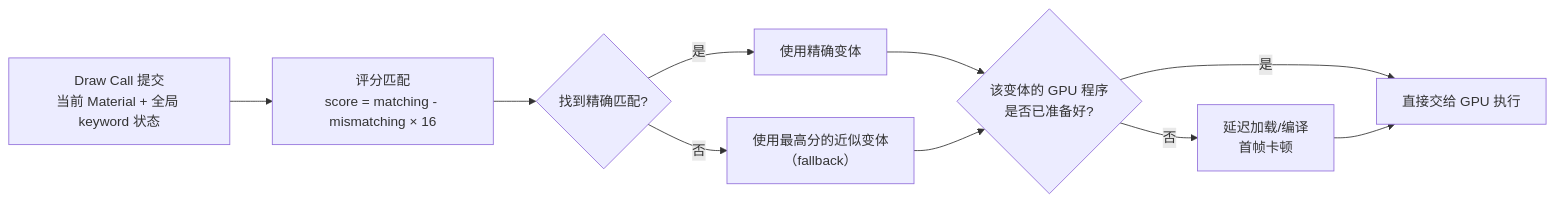
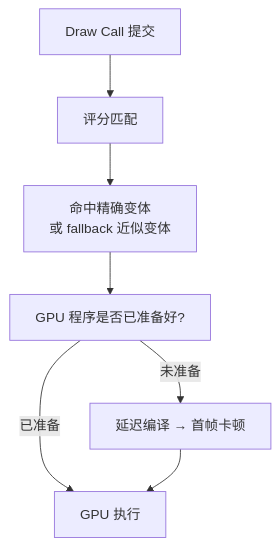
One commit to TwoEggDu/twoegg-tech-stack changed the fourth of 4 diagrams in content/engine-notes/unity-shader-variant-full-lifecycle-overview.md. Above: the diagram before and after it, drawn with Mermaid. The commit also changed other lines of this file, not shown here.

First line of the commit message:
Fix Mermaid diagrams clipped by container width

````diff
--- a/content/engine-notes/unity-shader-variant-full-lifecycle-overview.md
+++ b/content/engine-notes/unity-shader-variant-full-lifecycle-overview.md
@@ -183,11 +181,9 @@
 ```mermaid
-flowchart LR
-    A["Draw Call 提交\n当前 Material + 全局 keyword 状态"] --> B["评分匹配\nscore = matching - mismatching × 16"]
-    B --> C{找到精确匹配?}
-    C -->|是| D["使用精确变体"]
-    C -->|否| E["使用最高分的近似变体\n（fallback）"]
-    D & E --> F{该变体的 GPU 程序\n是否已准备好?}
-    F -->|是| G["直接交给 GPU 执行"]
-    F -->|否| H["延迟加载/编译\n首帧卡顿"]
-    H --> G
+flowchart TD
+    A["Draw Call 提交"] --> B["评分匹配"]
+    B --> C["命中精确变体\n或 fallback 近似变体"]
+    C --> D["GPU 程序是否已准备好?"]
+    D -->|已准备| E["GPU 执行"]
+    D -->|未准备| F["延迟编译 → 首帧卡顿"]
+    F --> E
 ```
````
